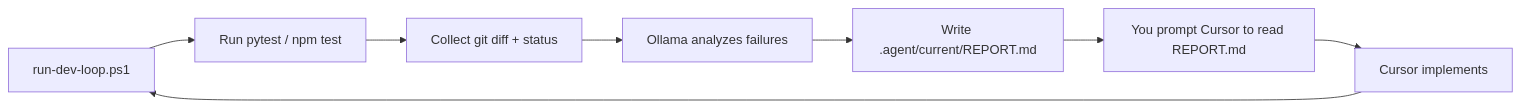
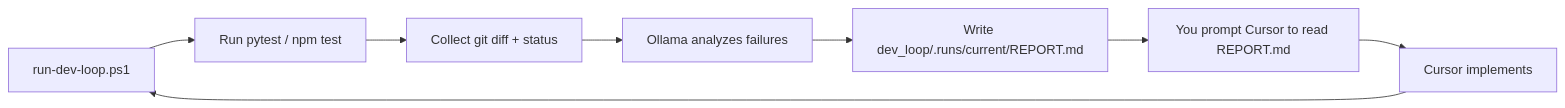
The diagram in DEV-LOOP.md (magnify-dev/ai-assistant), drawn with Mermaid before and after one commit. The commit also changed other lines of this file and 57 other files, not shown here.

First line of the commit message:
Refactor dev loop report paths and enhance project configuration

````diff
--- a/DEV-LOOP.md
+++ b/DEV-LOOP.md
@@ -33,10 +33,10 @@
 ```mermaid
 flowchart LR
     A[run-dev-loop.ps1] --> B[Run pytest / npm test]
     B --> C[Collect git diff + status]
     C --> D[Ollama analyzes failures]
-    D --> E[Write .agent/current/REPORT.md]
+    D --> E[Write dev_loop/.runs/current/REPORT.md]
     E --> F[You prompt Cursor to read REPORT.md]
     F --> G[Cursor implements]
     G --> A
 ```
````
